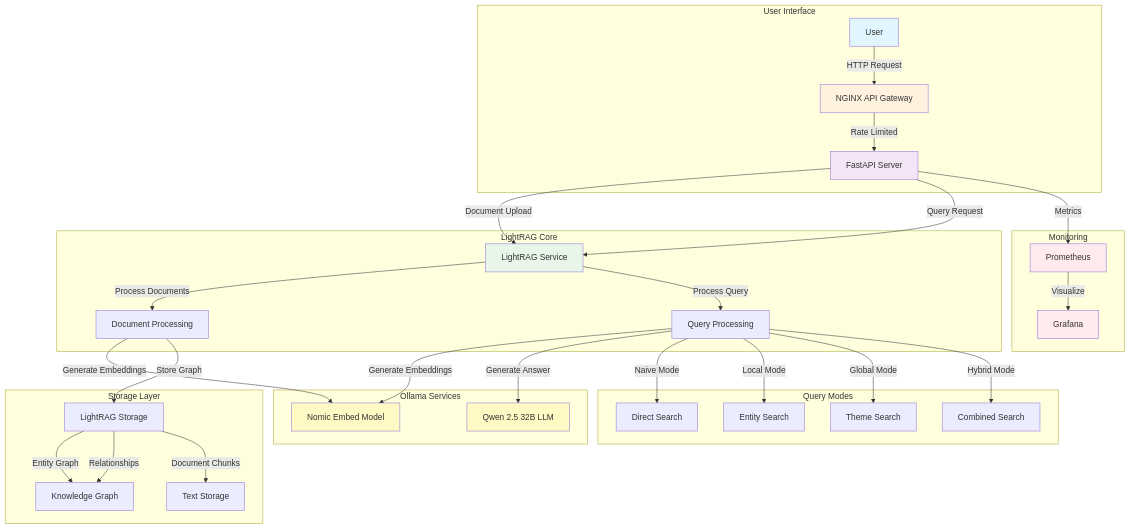
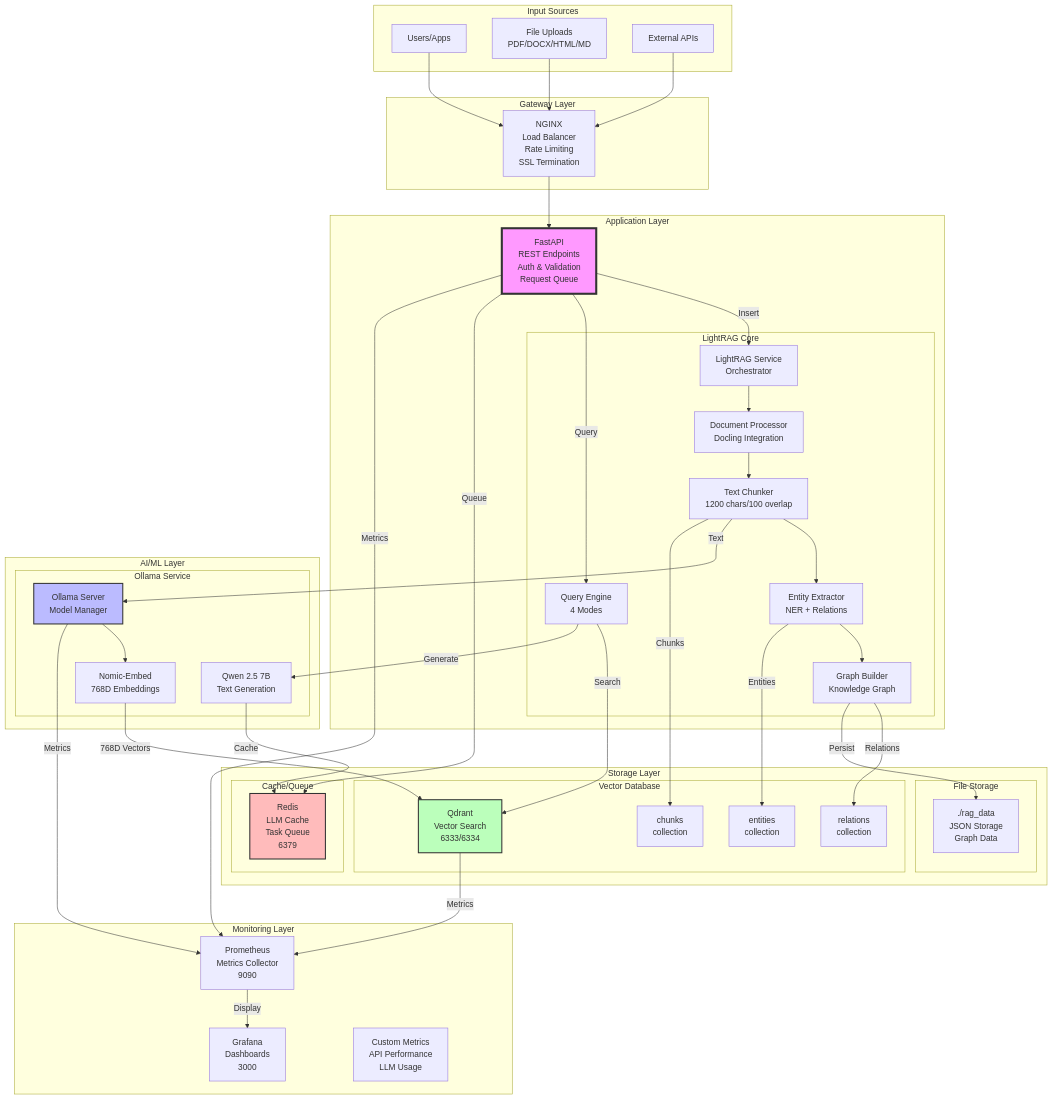
The first of 7 diagrams in ARCHITECTURE.md (asokraju/llm_backend), drawn with Mermaid before and after one commit. The commit also changed other lines of this file and 2 other files, not shown here.

Commit message:
Add Mermaid architecture diagrams to documentation
- Added comprehensive system architecture diagram to README.md
- Added simplified pipeline diagram to QUICK_REFERENCE.md
- Updated ARCHITECTURE.md with detailed component interactions
- Added input/output format tables to QUICK_REFERENCE.md
- Removed parentheses from diagrams as requested

````diff
--- a/ARCHITECTURE.md
+++ b/ARCHITECTURE.md
@@ -5,48 +5,105 @@
 ```mermaid
 graph TB
-    subgraph "User Interface"
-        A[User] -->|HTTP Request| B[NGINX API Gateway]
-        B -->|Rate Limited| C[FastAPI Server]
+    subgraph "Input Sources"
+        USER[Users/Apps]
+        FILES[File Uploads<br/>PDF/DOCX/HTML/MD]
+        APIS[External APIs]
     end
 
-    subgraph "LightRAG Core"
-        C -->|Document Upload| D[LightRAG Service]
-        C -->|Query Request| D
-        D -->|Process Documents| E[Document Processing]
-        D -->|Process Query| F[Query Processing]
+    subgraph "Gateway Layer"
+        NGINX[NGINX<br/>Load Balancer<br/>Rate Limiting<br/>SSL Termination]
     end
 
-    subgraph "Ollama Services"
-        E -->|Generate Embeddings| G[Nomic Embed Model]
-        F -->|Generate Embeddings| G
-        F -->|Generate Answer| H[Qwen 2.5 32B LLM]
+    subgraph "Application Layer"
+        API[FastAPI<br/>REST Endpoints<br/>Auth & Validation<br/>Request Queue]
+        
+        subgraph "LightRAG Core"
+            LRAG[LightRAG Service<br/>Orchestrator]
+            DOCPROC[Document Processor<br/>Docling Integration]
+            CHUNK[Text Chunker<br/>1200 chars/100 overlap]
+            EXTRACT[Entity Extractor<br/>NER + Relations]
+            GRAPH[Graph Builder<br/>Knowledge Graph]
+            QENGINE[Query Engine<br/>4 Modes]
+        end
+    end
+
+    subgraph "AI/ML Layer"
+        subgraph "Ollama Service"
+            OLLAMA[Ollama Server<br/>Model Manager]
+            QWEN[Qwen 2.5 7B<br/>Text Generation]
+            NOMIC[Nomic-Embed<br/>768D Embeddings]
+        end
     end
 
     subgraph "Storage Layer"
-        E -->|Store Graph| I[LightRAG Storage]
-        I -->|Entity Graph| J[Knowledge Graph]
-        I -->|Relationships| J
-        I -->|Document Chunks| K[Text Storage]
+        subgraph "Vector Database"
+            QDRANT[Qdrant<br/>Vector Search<br/>6333/6334]
+            COLL1[entities<br/>collection]
+            COLL2[chunks<br/>collection]
+            COLL3[relations<br/>collection]
+        end
+        
+        subgraph "Cache/Queue"
+            REDIS[Redis<br/>LLM Cache<br/>Task Queue<br/>6379]
+        end
+        
+        subgraph "File Storage"
+            RAGDATA[./rag_data<br/>JSON Storage<br/>Graph Data]
+        end
     end
 
-    subgraph "Query Modes"
-        F -->|Naive Mode| L[Direct Search]
-        F -->|Local Mode| M[Entity Search]
-        F -->|Global Mode| N[Theme Search]
-        F -->|Hybrid Mode| O[Combined Search]
+    subgraph "Monitoring Layer"
+        PROM[Prometheus<br/>Metrics Collector<br/>9090]
+        GRAF[Grafana<br/>Dashboards<br/>3000]
+        METRICS[Custom Metrics<br/>API Performance<br/>LLM Usage]
     end
 
-    subgraph "Monitoring"
-        C -->|Metrics| P[Prometheus]
-        P -->|Visualize| Q[Grafana]
-    end
-
-    style A fill:#e1f5fe
-    style B fill:#fff3e0
-    style C fill:#f3e5f5
-    style D fill:#e8f5e9
-    style G fill:#fff9c4
-    style H fill:#fff9c4
-    style P fill:#ffebee
-    style Q fill:#ffebee
+    %% Input Flow
+    USER --> NGINX
+    FILES --> NGINX
+    APIS --> NGINX
+    
+    %% Gateway to API
+    NGINX --> API
+    
+    %% Document Processing Pipeline
+    API -->|Insert| LRAG
+    LRAG --> DOCPROC
+    DOCPROC --> CHUNK
+    CHUNK --> EXTRACT
+    EXTRACT --> GRAPH
+    
+    %% Embedding Generation
+    CHUNK -->|Text| OLLAMA
+    OLLAMA --> NOMIC
+    NOMIC -->|768D Vectors| QDRANT
+    
+    %% Entity/Relation Storage
+    EXTRACT -->|Entities| COLL1
+    CHUNK -->|Chunks| COLL2
+    GRAPH -->|Relations| COLL3
+    
+    %% Query Processing
+    API -->|Query| QENGINE
+    QENGINE -->|Search| QDRANT
+    QENGINE -->|Generate| QWEN
+    
+    %% Caching
+    QWEN -->|Cache| REDIS
+    API -->|Queue| REDIS
+    
+    %% Local Storage
+    GRAPH -->|Persist| RAGDATA
+    
+    %% Monitoring
+    API -->|Metrics| PROM
+    OLLAMA -->|Metrics| PROM
+    QDRANT -->|Metrics| PROM
+    PROM -->|Display| GRAF
+    
+    %% Styling
+    style API fill:#f9f,stroke:#333,stroke-width:4px
+    style OLLAMA fill:#bbf,stroke:#333,stroke-width:2px
+    style QDRANT fill:#bfb,stroke:#333,stroke-width:2px
+    style REDIS fill:#fbb,stroke:#333,stroke-width:2px
 ```
````
